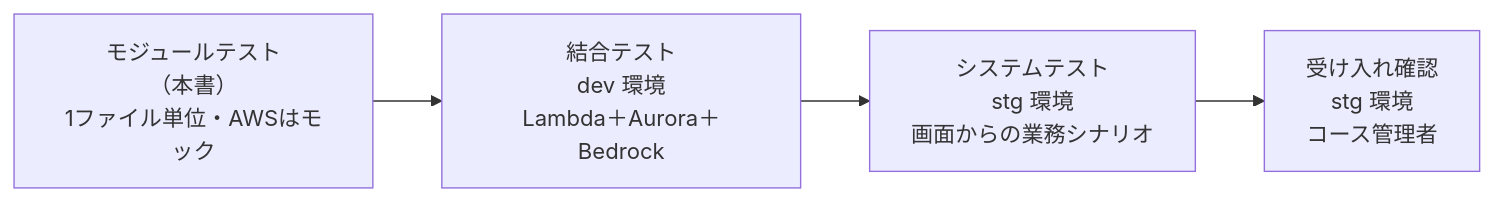
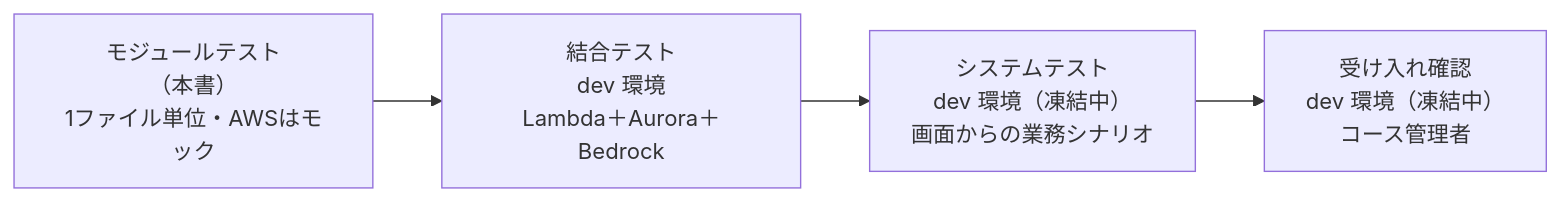
Before and after one commit to pocarialice/rpglearning: the first of 3 diagrams in documents/モジュールテスト仕様書_RPG学習アプリ.md, drawn with Mermaid. The commit also changed other lines of this file and 10 other files, not shown here.

First line of the commit message:
stg 環境をなくし dev・prod の2環境に変更（コスト削減）

````diff
--- a/documents/モジュールテスト仕様書_RPG学習アプリ.md
+++ b/documents/モジュールテスト仕様書_RPG学習アプリ.md
@@ -21,6 +21,6 @@
 ```mermaid
 flowchart LR
   MT["モジュールテスト<br>（本書）<br>1ファイル単位・AWSはモック"] --> IT["結合テスト<br>dev 環境<br>Lambda＋Aurora＋Bedrock"]
-  IT --> ST["システムテスト<br>stg 環境<br>画面からの業務シナリオ"]
-  ST --> UAT["受け入れ確認<br>stg 環境<br>コース管理者"]
+  IT --> ST["システムテスト<br>dev 環境（凍結中）<br>画面からの業務シナリオ"]
+  ST --> UAT["受け入れ確認<br>dev 環境（凍結中）<br>コース管理者"]
 ```
````
